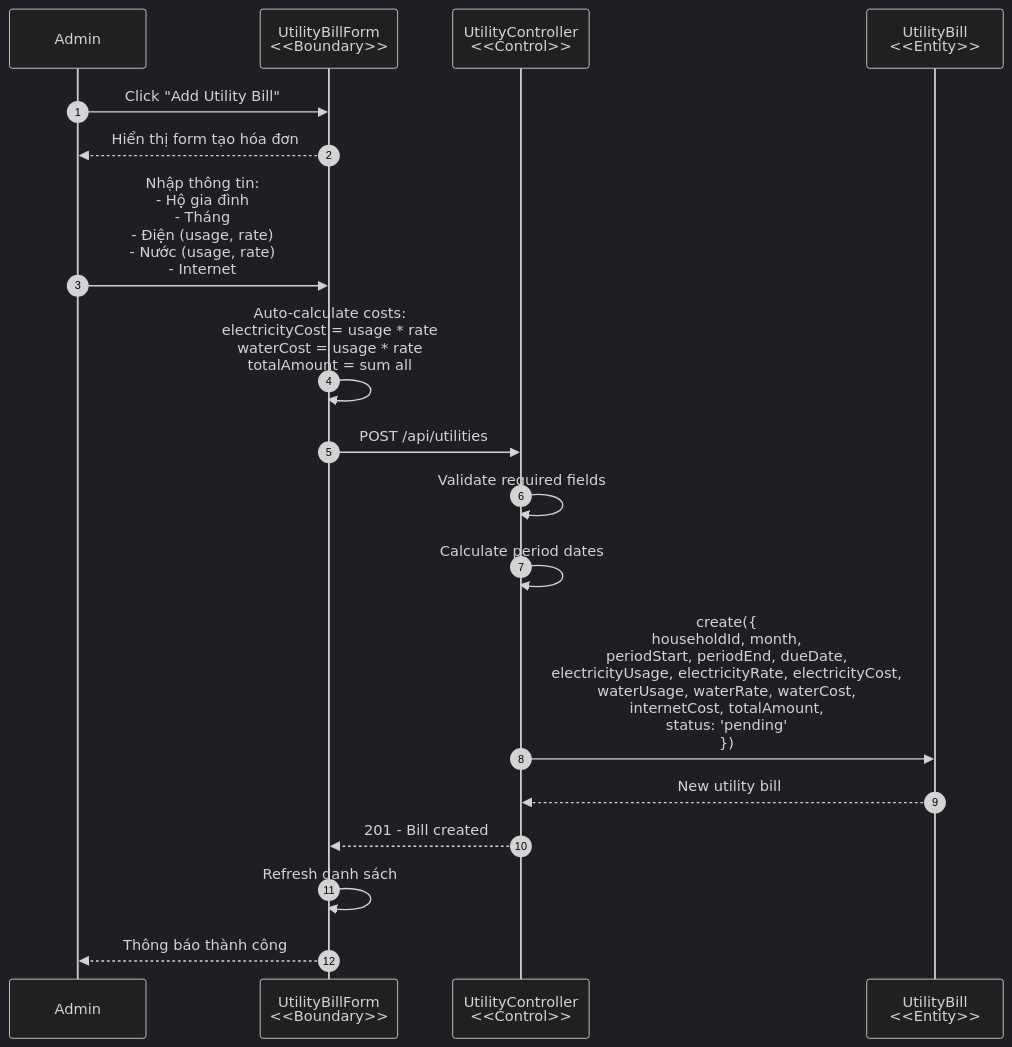
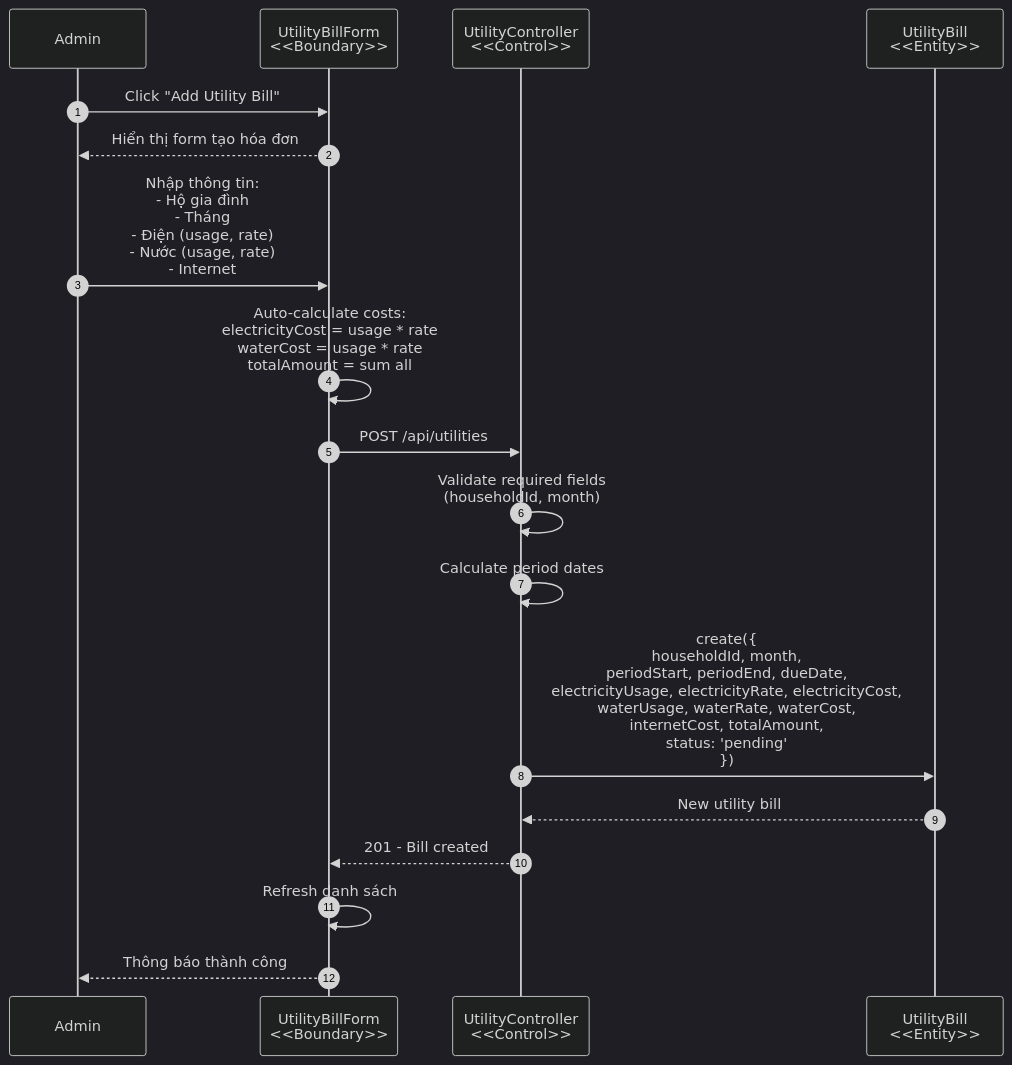
One commit to MinhNghia2010/Bluemoon changed diagram 19 of 25 in docs/sequence-diagrams.md. Above: the diagram before and after it, drawn with Mermaid. The commit also changed other lines of this file and 1 other file, not shown here.

````diff
--- a/docs/sequence-diagrams.md
+++ b/docs/sequence-diagrams.md
@@ -710,29 +729,29 @@
 ```mermaid
 %%{init: {'theme': 'dark'}}%%
 sequenceDiagram
     autonumber
     participant Admin as Admin
     participant View as UtilityBillForm<br/><<Boundary>>
     participant Controller as UtilityController<br/><<Control>>
     participant Model as UtilityBill<br/><<Entity>>
     
     Admin->>View: Click "Add Utility Bill"
     View-->>Admin: Hiển thị form tạo hóa đơn
     
     Admin->>View: Nhập thông tin:<br/>- Hộ gia đình<br/>- Tháng<br/>- Điện (usage, rate)<br/>- Nước (usage, rate)<br/>- Internet
     
     View->>View: Auto-calculate costs:<br/>electricityCost = usage * rate<br/>waterCost = usage * rate<br/>totalAmount = sum all
     
     View->>Controller: POST /api/utilities
     
-    Controller->>Controller: Validate required fields
+    Controller->>Controller: Validate required fields<br/>(householdId, month)
     Controller->>Controller: Calculate period dates
     
     Controller->>Model: create({<br/>  householdId, month,<br/>  periodStart, periodEnd, dueDate,<br/>  electricityUsage, electricityRate, electricityCost,<br/>  waterUsage, waterRate, waterCost,<br/>  internetCost, totalAmount,<br/>  status: 'pending'<br/>})
     
     Model-->>Controller: New utility bill
     Controller-->>View: 201 - Bill created
     
     View->>View: Refresh danh sách
     View-->>Admin: Thông báo thành công
 ```
````
